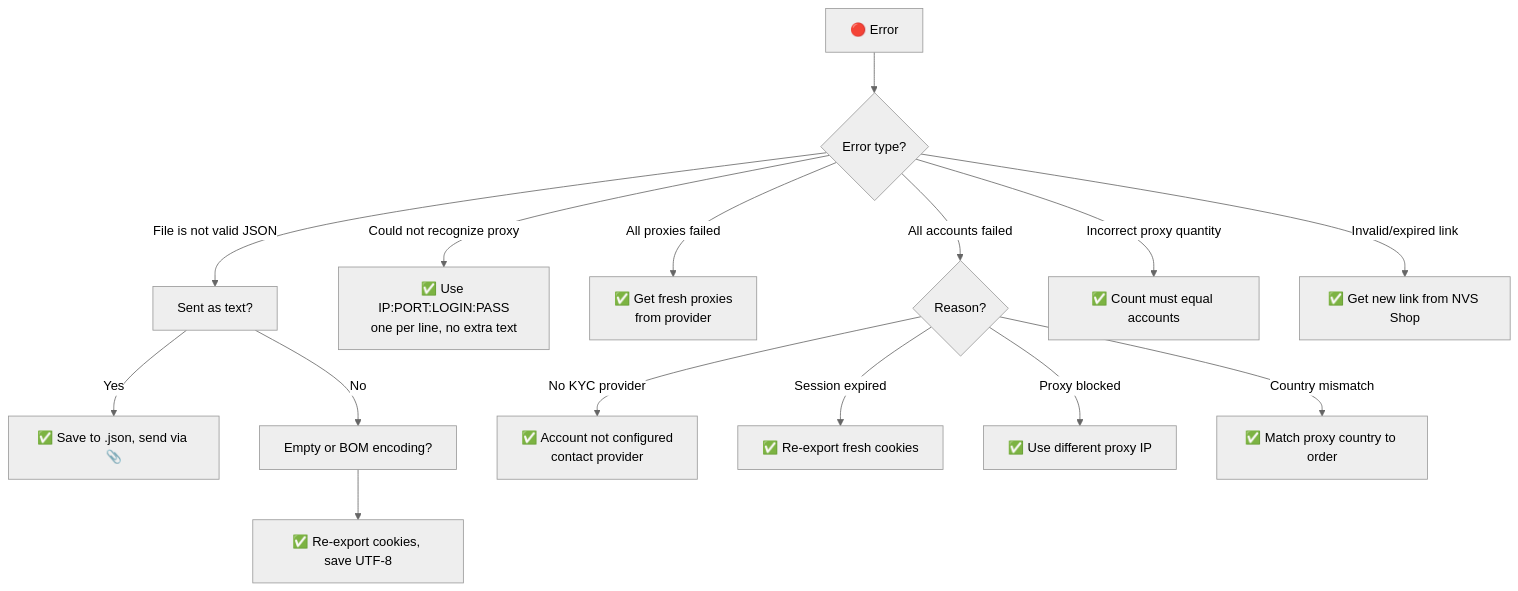
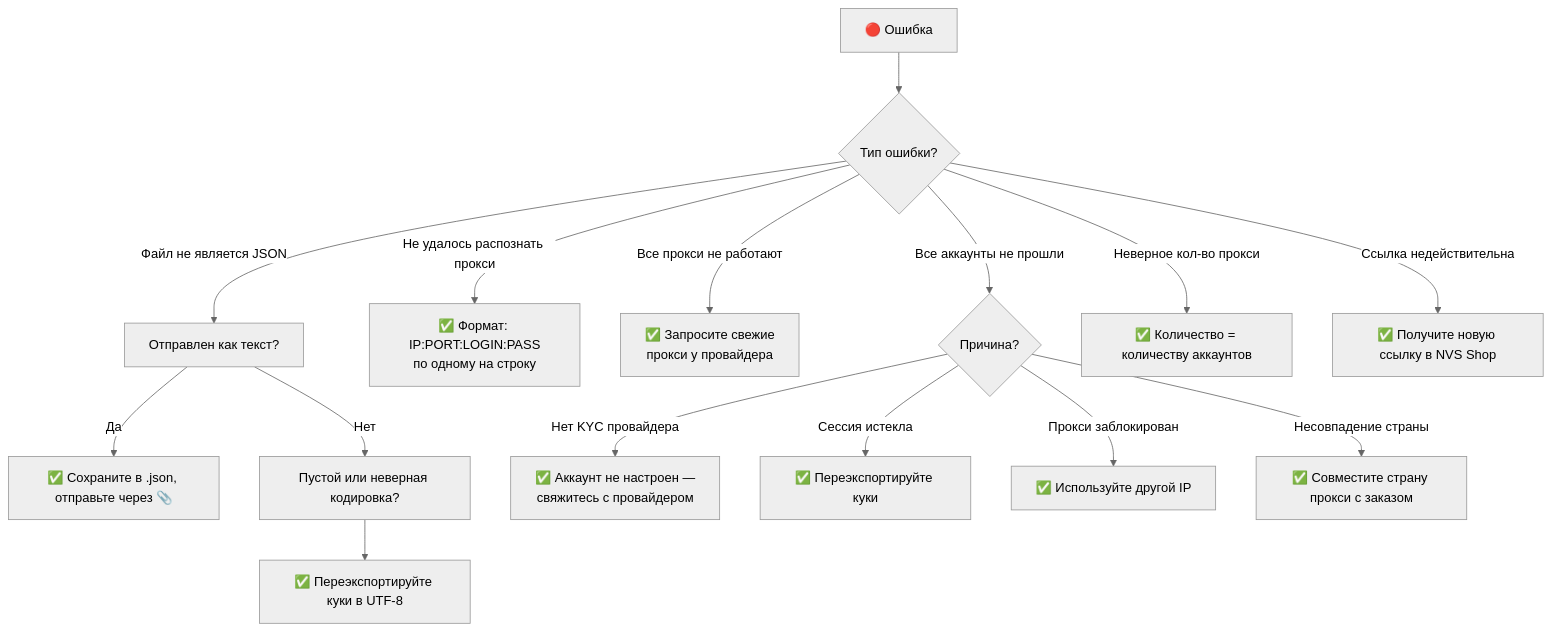
One commit to AutoPilotSoftware/docs changed the seventh of 8 diagrams in src/content/docs/pilot-faq.md. Above: the diagram before and after it, drawn with Mermaid (neutral theme). The commit also changed other lines of this file and 2 other files, not shown here.

First line of the commit message:
Simplify and localize all pilot-faq diagrams across RU/EN/UA

````diff
--- a/src/content/docs/pilot-faq.md
+++ b/src/content/docs/pilot-faq.md
@@ -429,22 +421,22 @@
 ```mermaid
 flowchart TD
-    ERR["🔴 Error"] --> T{"Error type?"}
+    ERR["🔴 Ошибка"] --> T{"Тип ошибки?"}
 
-    T -->|"File is not valid JSON"| J1["Sent as text?"]
-    J1 -->|Yes| J1F["✅ Save to .json, send via 📎"]
-    J1 -->|No| J2["Empty or BOM encoding?"]
-    J2 --> J2F["✅ Re-export cookies, save UTF-8"]
+    T -->|"Файл не является JSON"| J1["Отправлен как текст?"]
+    J1 -->|Да| J1F["✅ Сохраните в .json, отправьте через 📎"]
+    J1 -->|Нет| J2["Пустой или неверная кодировка?"]
+    J2 --> J2F["✅ Переэкспортируйте куки в UTF-8"]
 
-    T -->|"Could not recognize proxy"| P1["✅ Use IP:PORT:LOGIN:PASS\none per line, no extra text"]
+    T -->|"Не удалось распознать прокси"| P1["✅ Формат: IP:PORT:LOGIN:PASS\nпо одному на строку"]
 
-    T -->|"All proxies failed"| P2["✅ Get fresh proxies\nfrom provider"]
+    T -->|"Все прокси не работают"| P2["✅ Запросите свежие\nпрокси у провайдера"]
 
-    T -->|"All accounts failed"| A1{"Reason?"}
-    A1 -->|"No KYC provider"| A1F["✅ Account not configured\ncontact provider"]
-    A1 -->|"Session expired"| A2F["✅ Re-export fresh cookies"]
-    A1 -->|"Proxy blocked"| A3F["✅ Use different proxy IP"]
-    A1 -->|"Country mismatch"| A4F["✅ Match proxy country to order"]
+    T -->|"Все аккаунты не прошли"| A1{"Причина?"}
+    A1 -->|"Нет KYC провайдера"| A1F["✅ Аккаунт не настроен —\nсвяжитесь с провайдером"]
+    A1 -->|"Сессия истекла"| A2F["✅ Переэкспортируйте куки"]
+    A1 -->|"Прокси заблокирован"| A3F["✅ Используйте другой IP"]
+    A1 -->|"Несовпадение страны"| A4F["✅ Совместите страну прокси с заказом"]
 
-    T -->|"Incorrect proxy quantity"| Q1["✅ Count must equal accounts"]
-    T -->|"Invalid/expired link"| L1["✅ Get new link from NVS Shop"]
+    T -->|"Неверное кол-во прокси"| Q1["✅ Количество = количеству аккаунтов"]
+    T -->|"Ссылка недействительна"| L1["✅ Получите новую ссылку в NVS Shop"]
 ```
````
